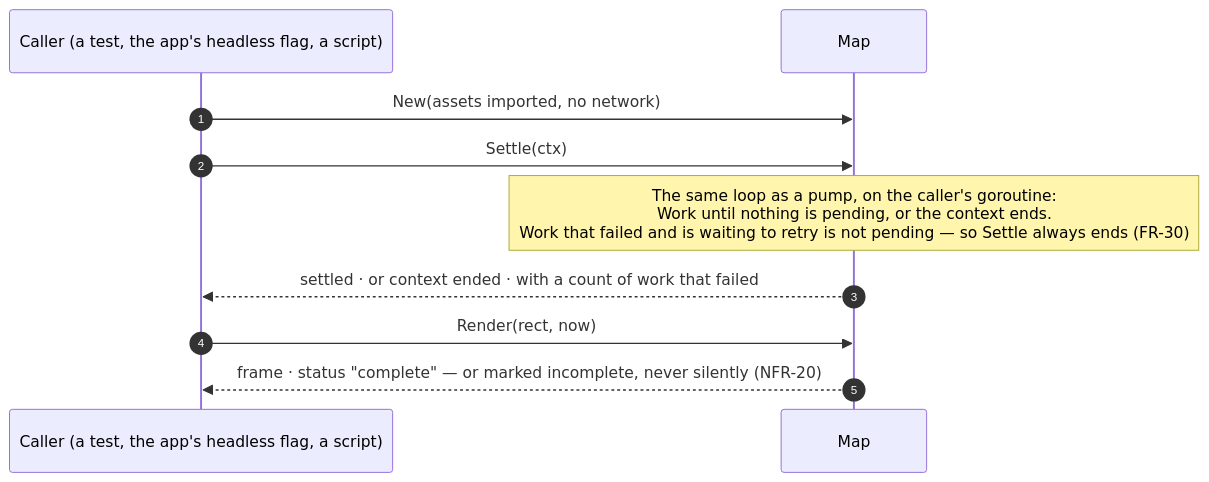
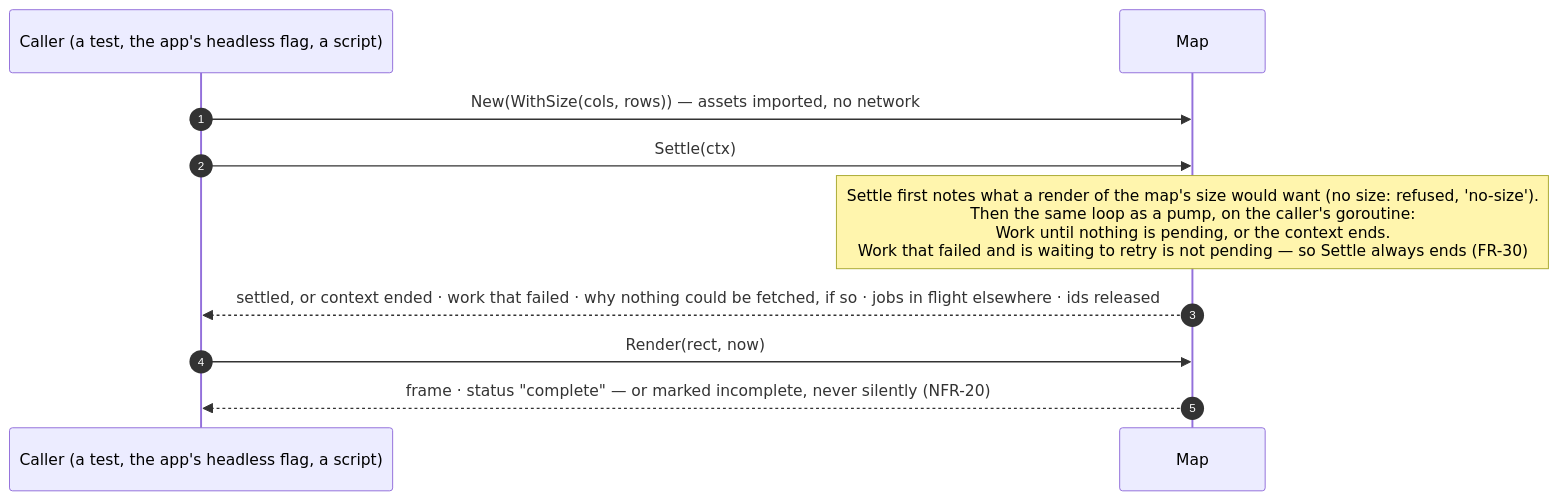
Before and after one commit to branden-thompson/go-tuimaps: the fourth of 4 diagrams in 06_docs/02_features/go-tuimaps/03-architecture-design/L3-sequences.md, drawn with Mermaid. The commit also changed 17 other files, not shown here.

````diff
--- a/06_docs/02_features/go-tuimaps/03-architecture-design/L3-sequences.md
+++ b/06_docs/02_features/go-tuimaps/03-architecture-design/L3-sequences.md
@@ -86,12 +86,12 @@
 ```mermaid
 sequenceDiagram
     autonumber
     participant C as Caller (a test, the app's headless flag, a script)
     participant M as Map
-    C->>M: New(assets imported, no network)
+    C->>M: New(WithSize(cols, rows)) — assets imported, no network
     C->>M: Settle(ctx)
-    Note over M: The same loop as a pump, on the caller's goroutine:<br/>Work until nothing is pending, or the context ends.<br/>Work that failed and is waiting to retry is not pending — so Settle always ends (FR-30)
-    M-->>C: settled · or context ended · with a count of work that failed
+    Note over M: Settle first notes what a render of the map's size would want (no size: refused, 'no-size').<br/>Then the same loop as a pump, on the caller's goroutine:<br/>Work until nothing is pending, or the context ends.<br/>Work that failed and is waiting to retry is not pending — so Settle always ends (FR-30)
+    M-->>C: settled, or context ended · work that failed · why nothing could be fetched, if so · jobs in flight elsewhere · ids released
     C->>M: Render(rect, now)
     M-->>C: frame · status "complete" — or marked incomplete, never silently (NFR-20)
 ```
````
